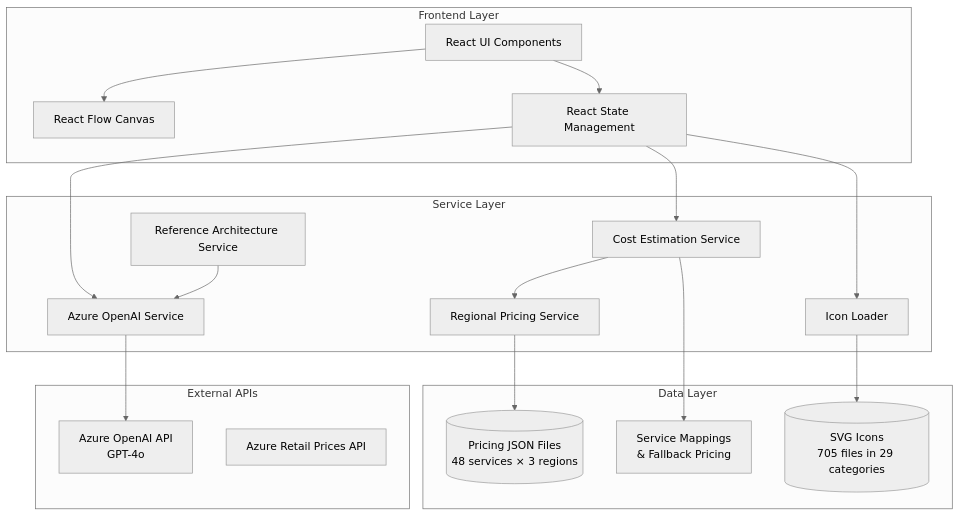
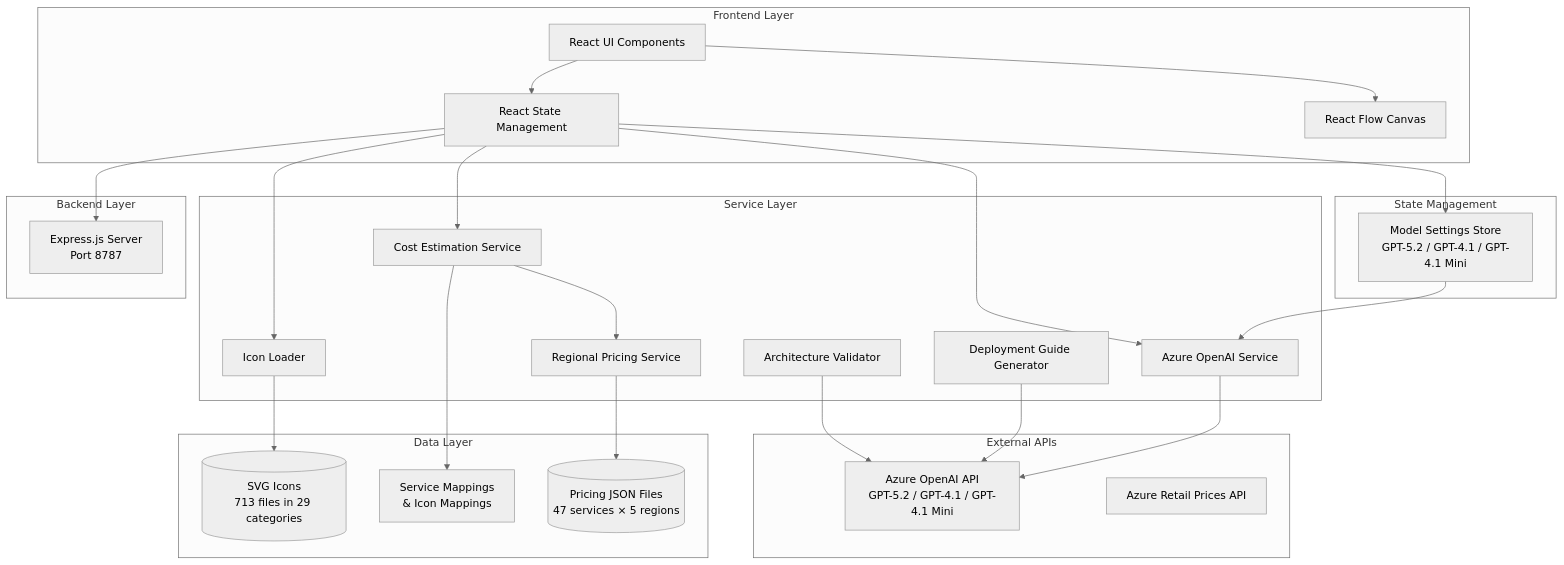
Before and after one commit to Arturo-Quiroga-MSFT/azure-architecture-diagram-builder: the first of 4 diagrams in DOCS/ARCHITECTURE.md, drawn with Mermaid (neutral theme). The commit also changed other lines of this file and 15 other files, not shown here.

````diff
--- a/DOCS/ARCHITECTURE.md
+++ b/DOCS/ARCHITECTURE.md
@@ -9,39 +11,52 @@
 ```mermaid
 graph TB
     subgraph "Frontend Layer"
         UI[React UI Components]
         RF[React Flow Canvas]
         State[React State Management]
     end
     
     subgraph "Service Layer"
         AI[Azure OpenAI Service]
         Pricing[Cost Estimation Service]
         Regional[Regional Pricing Service]
         Icons[Icon Loader]
-        RefArch[Reference Architecture Service]
+        Validator[Architecture Validator]
+        DeployGen[Deployment Guide Generator]
+    end
+    
+    subgraph "State Management"
+        ModelStore[Model Settings Store<br/>GPT-5.2 / GPT-4.1 / GPT-4.1 Mini]
     end
     
     subgraph "Data Layer"
-        PricingData[(Pricing JSON Files<br/>48 services × 3 regions)]
-        IconData[(SVG Icons<br/>705 files in 29 categories)]
-        Mappings[Service Mappings<br/>& Fallback Pricing]
+        PricingData[(Pricing JSON Files<br/>47 services × 5 regions)]
+        IconData[(SVG Icons<br/>713 files in 29 categories)]
+        Mappings[Service Mappings<br/>& Icon Mappings]
+    end
+    
+    subgraph "Backend Layer"
+        Server[Express.js Server<br/>Port 8787]
     end
     
     subgraph "External APIs"
-        OpenAI[Azure OpenAI API<br/>GPT-4o]
+        OpenAI[Azure OpenAI API<br/>GPT-5.2 / GPT-4.1 / GPT-4.1 Mini]
         AzureAPI[Azure Retail Prices API]
     end
     
     UI --> RF
     UI --> State
+    State --> ModelStore
     State --> AI
     State --> Pricing
     State --> Icons
     AI --> OpenAI
+    ModelStore --> AI
     Pricing --> Regional
     Regional --> PricingData
     Icons --> IconData
     Pricing --> Mappings
-    RefArch --> AI
+    Validator --> OpenAI
+    DeployGen --> OpenAI
+    State --> Server
 ```
````
